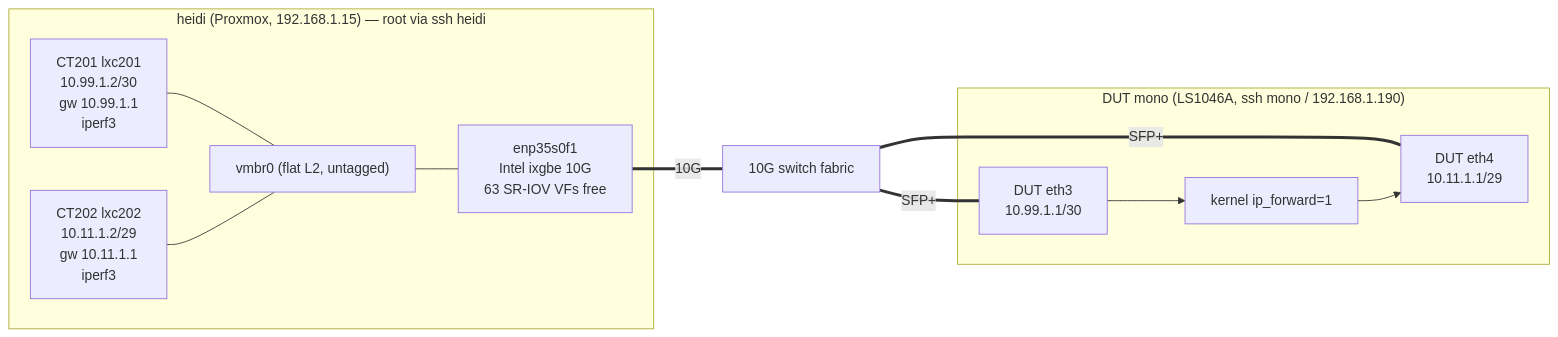
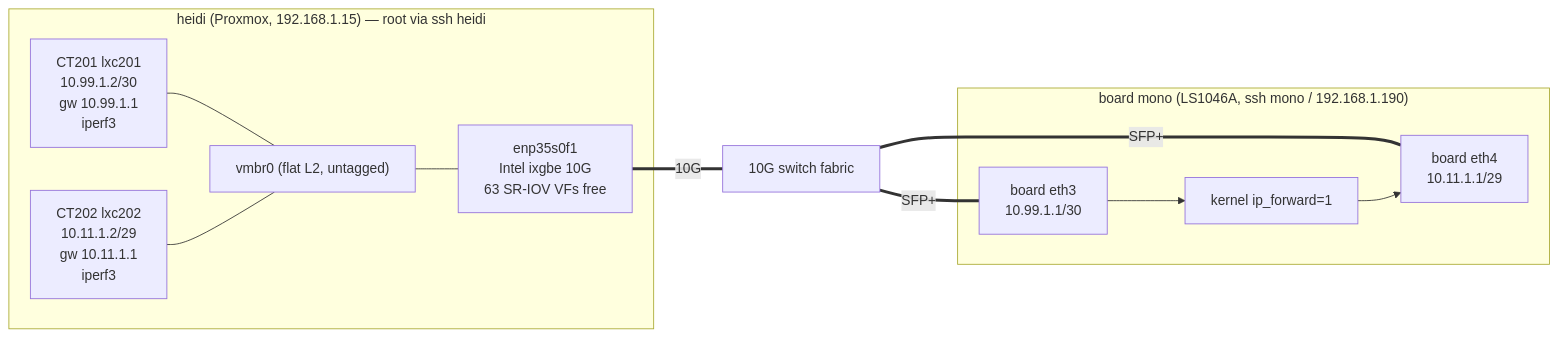
The diagram in plans/TRAFFIC-HARNESS.md (Daegara/vyos-ls1046a-build), drawn with Mermaid before and after one commit. The commit also changed other lines of this file and 18 other files, not shown here.

````diff
--- a/plans/TRAFFIC-HARNESS.md
+++ b/plans/TRAFFIC-HARNESS.md
@@ -31,18 +31,18 @@
 ```mermaid
 flowchart LR
     subgraph HEIDI["heidi (Proxmox, 192.168.1.15) — root via ssh heidi"]
         CT201["CT201 lxc201<br/>10.99.1.2/30<br/>gw 10.99.1.1<br/>iperf3"]
         CT202["CT202 lxc202<br/>10.11.1.2/29<br/>gw 10.11.1.1<br/>iperf3"]
         VMBR0["vmbr0 (flat L2, untagged)"]
         NIC["enp35s0f1<br/>Intel ixgbe 10G<br/>63 SR-IOV VFs free"]
         CT201 --- VMBR0
         CT202 --- VMBR0
         VMBR0 --- NIC
     end
     NIC ===|10G| SW["10G switch fabric"]
-    SW ===|SFP+| ETH3["DUT eth3<br/>10.99.1.1/30"]
-    SW ===|SFP+| ETH4["DUT eth4<br/>10.11.1.1/29"]
-    subgraph DUT["DUT mono (LS1046A, ssh mono / 192.168.1.190)"]
+    SW ===|SFP+| ETH3["board eth3<br/>10.99.1.1/30"]
+    SW ===|SFP+| ETH4["board eth4<br/>10.11.1.1/29"]
+    subgraph board["board mono (LS1046A, ssh mono / 192.168.1.190)"]
         ETH3 --> ROUTE["kernel ip_forward=1"] --> ETH4
     end
 ```
````
